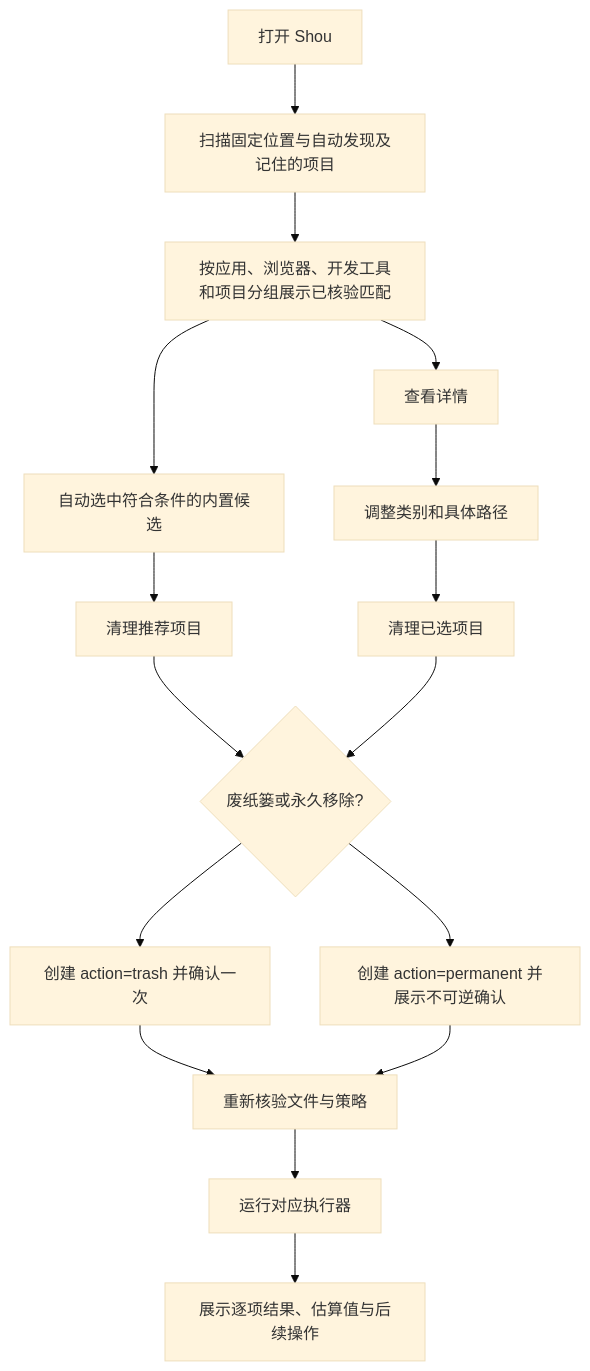
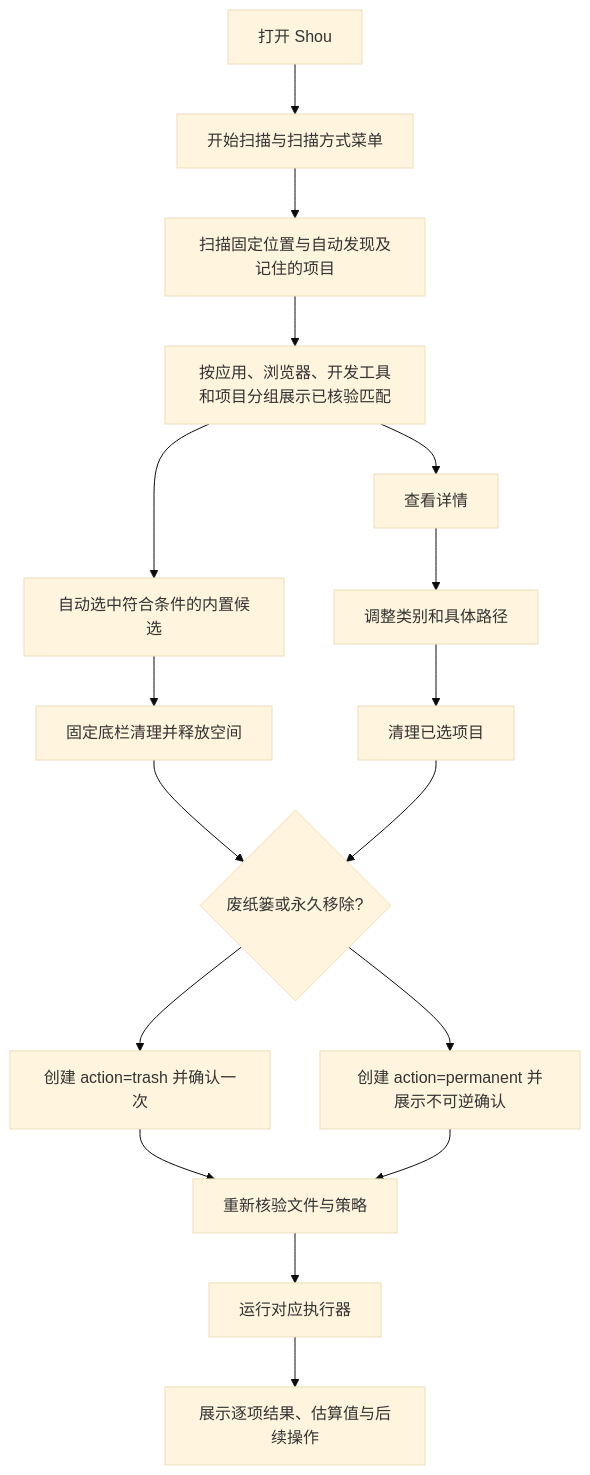
Before and after one commit to limecloud/shou: the third of 8 diagrams in docs/zh-CN/architecture/workflows-and-sequences.md, drawn with Mermaid (base theme). The commit also changed other lines of this file and 117 other files, not shown here.

````diff
--- a/docs/zh-CN/architecture/workflows-and-sequences.md
+++ b/docs/zh-CN/architecture/workflows-and-sequences.md
@@ -72,18 +72,19 @@
 ```mermaid
 flowchart TD
-    Open[打开 Shou] --> Scan[扫描固定位置与自动发现及记住的项目]
+    Open[打开 Shou] --> Entry[开始扫描与扫描方式菜单]
+    Entry --> Scan[扫描固定位置与自动发现及记住的项目]
     Scan --> Matches[按应用、浏览器、开发工具和项目分组展示已核验匹配]
     Matches --> Auto[自动选中符合条件的内置候选]
-    Auto --> Recommended[清理推荐项目]
+    Auto --> Recommended[固定底栏清理并释放空间]
     Matches --> Details[查看详情]
     Details --> Adjust[调整类别和具体路径]
     Adjust --> Selected[清理已选项目]
     Recommended --> Action{废纸篓或永久移除?}
     Selected --> Action
     Action --> Trash[创建 action=trash 并确认一次]
     Action --> Permanent[创建 action=permanent 并展示不可逆确认]
     Trash --> Verify[重新核验文件与策略]
     Permanent --> Verify
     Verify --> Execute[运行对应执行器]
     Execute --> Result[展示逐项结果、估算值与后续操作]
 ```
````
